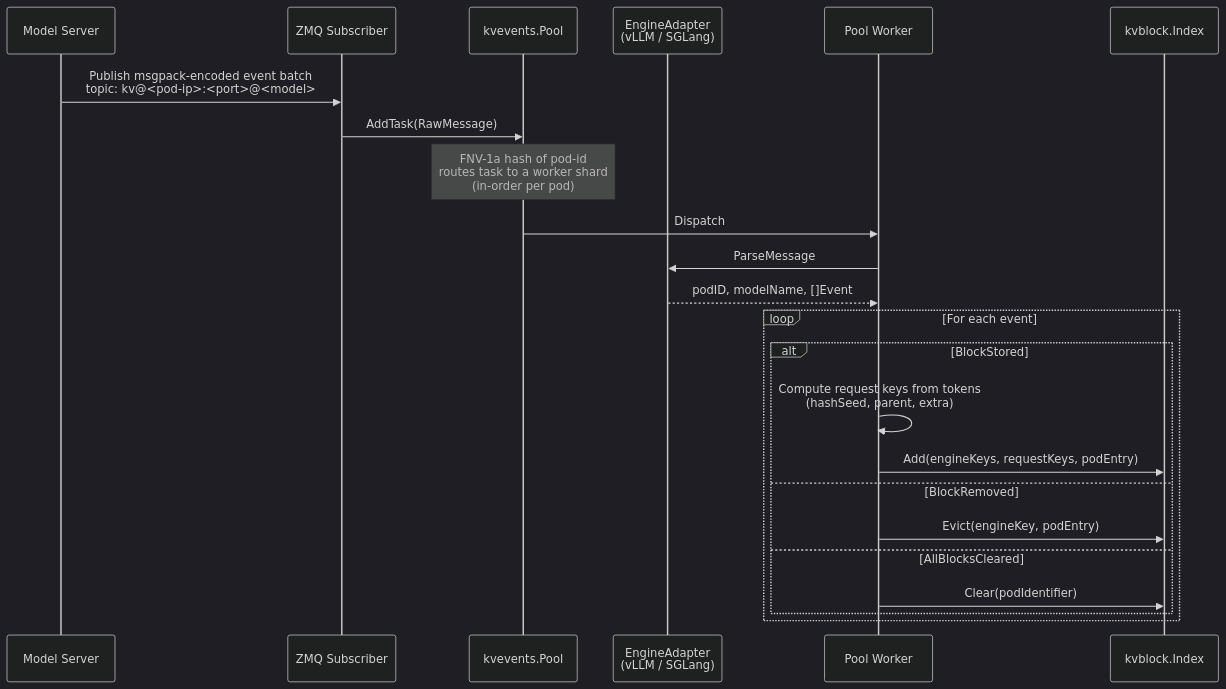
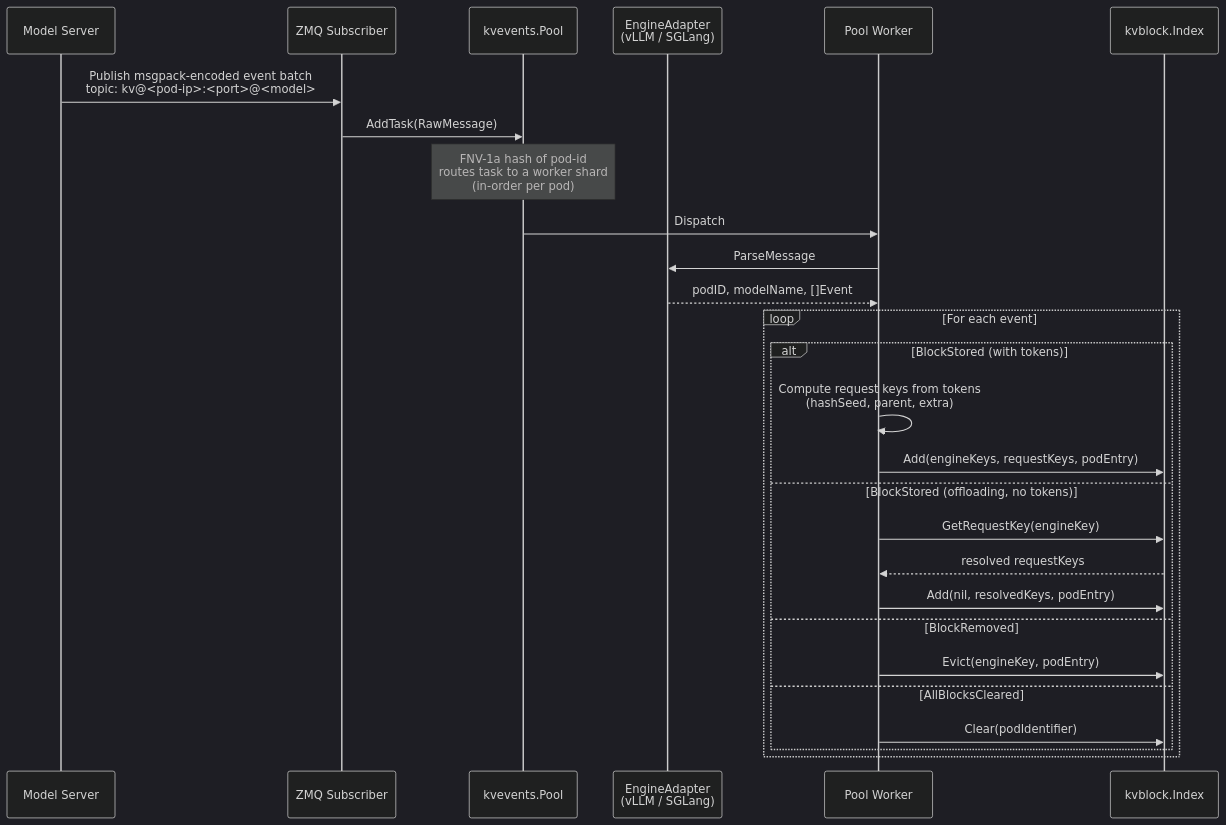
One commit to llm-d/llm-d-kv-cache changed the second of 3 diagrams in docs/architecture.md. Above: the diagram before and after it, drawn with Mermaid (dark theme). The commit also changed other lines of this file and 6 other files, not shown here.

````diff
--- a/docs/architecture.md
+++ b/docs/architecture.md
@@ -58,27 +58,31 @@
 ```mermaid
 sequenceDiagram
     participant MS as Model Server
     participant Sub as ZMQ Subscriber
     participant Pool as kvevents.Pool
     participant Adapter as EngineAdapter<br/>(vLLM / SGLang)
     participant Worker as Pool Worker
     participant Index as kvblock.Index
 
     MS->>Sub: Publish msgpack-encoded event batch<br/>topic: kv@<pod-ip>:<port>@<model>
     Sub->>Pool: AddTask(RawMessage)
     Note over Pool: FNV-1a hash of pod-id<br/>routes task to a worker shard<br/>(in-order per pod)
     Pool->>Worker: Dispatch
     Worker->>Adapter: ParseMessage
     Adapter-->>Worker: podID, modelName, []Event
 
     loop For each event
-        alt BlockStored
+        alt BlockStored (with tokens)
             Worker->>Worker: Compute request keys from tokens<br/>(hashSeed, parent, extra)
             Worker->>Index: Add(engineKeys, requestKeys, podEntry)
+        else BlockStored (offloading, no tokens)
+            Worker->>Index: GetRequestKey(engineKey)
+            Index-->>Worker: resolved requestKeys
+            Worker->>Index: Add(nil, resolvedKeys, podEntry)
         else BlockRemoved
             Worker->>Index: Evict(engineKey, podEntry)
         else AllBlocksCleared
             Worker->>Index: Clear(podIdentifier)
         end
     end
 ```
````
